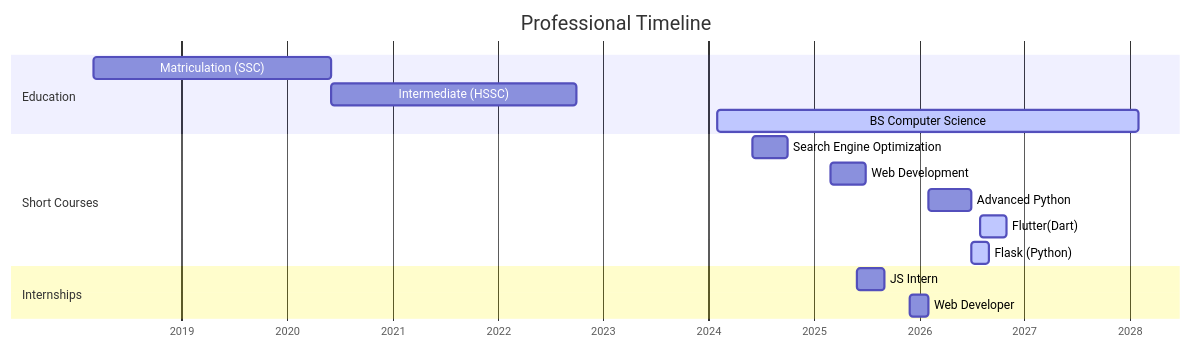
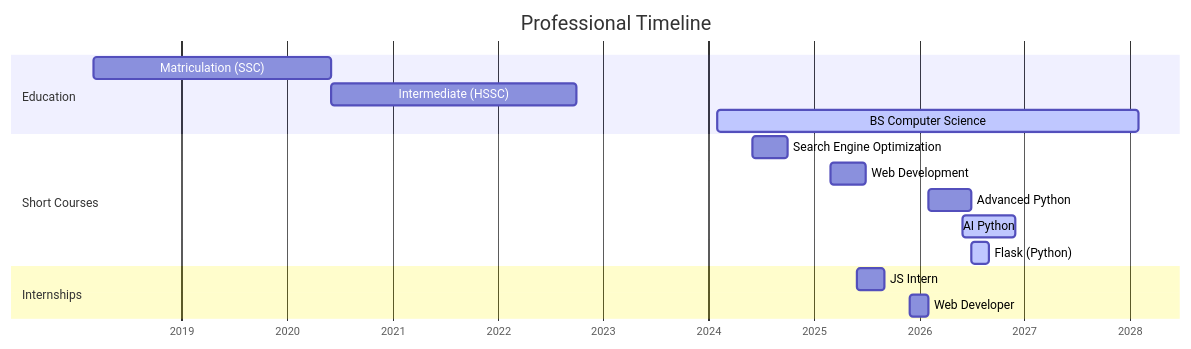
One commit to ahmadubaid061/ahmadubaid061 changed the diagram in README.md. Above: the diagram before and after it, drawn with Mermaid.

Commit message:
Update course name from Flutter to AI Python

````diff
--- a/README.md
+++ b/README.md
@@ -106,22 +106,22 @@
 ```mermaid
 gantt
     title Professional Timeline
     dateFormat  YYYY-MM
     axisFormat  %Y
 
     section Education
     Matriculation (SSC)      :a1, 2018-03, 2020-06
     Intermediate (HSSC)      :a2, after a1, 2022-10
     BS Computer Science      :active, a3, 2024-02, 2028-02
 
     section Short Courses
     Search Engine Optimization :a4, 2024-06, 2024-10
     Web Development             :a5, 2025-03, 2025-07
     Advanced Python              :a6, 2026-02, 2026-07
-    Flutter(Dart)                 :active, a7, 2026-08, 2026-11
+    AI Python                    :active, a7, 2026-06, 2026-12
     Flask (Python)                :active, a8, 2026-07, 2026-09
 
     section Internships
     JS Intern            :a9, 2025-06, 2025-09
     Web Developer         :a10, 2025-12, 2026-02
 ```
````
